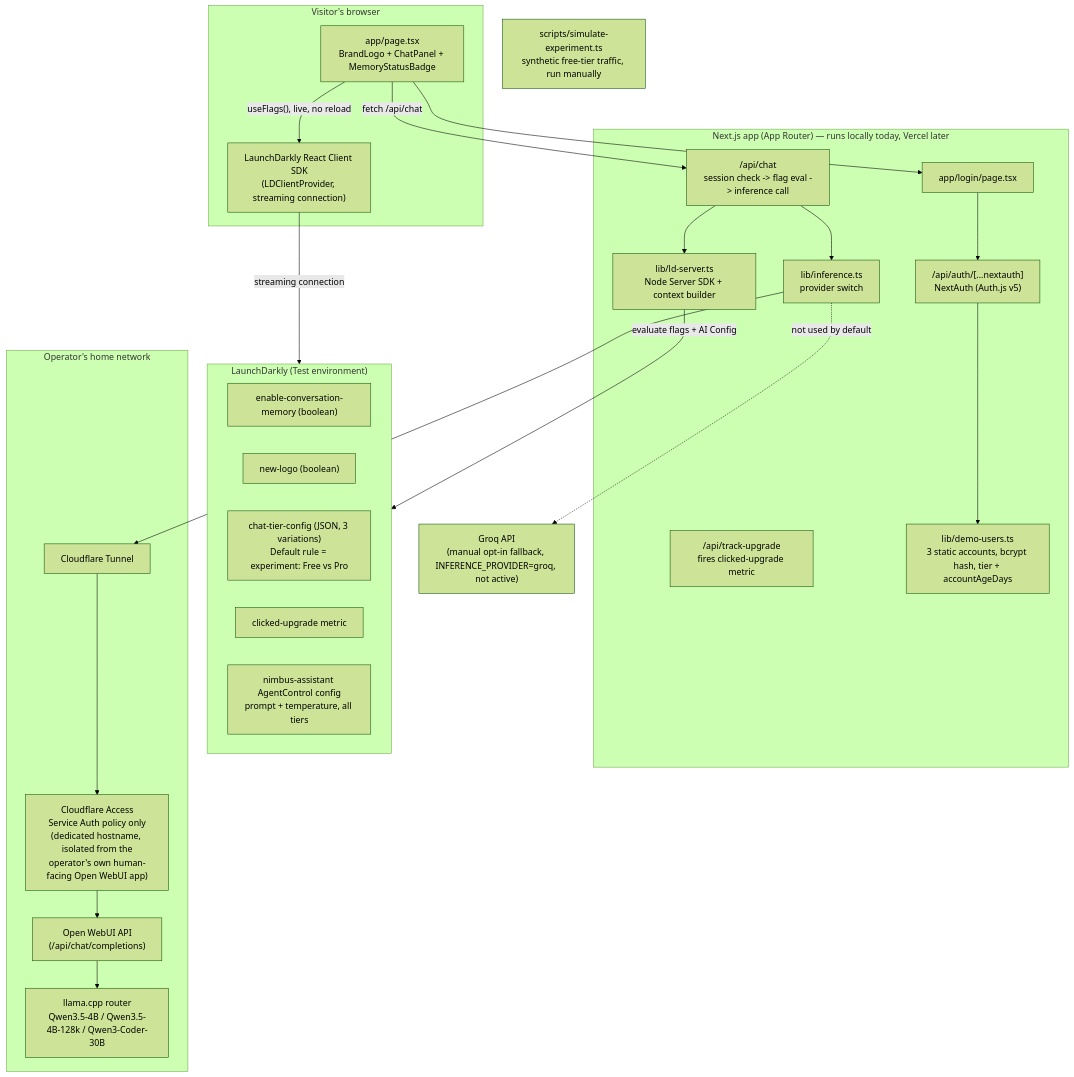
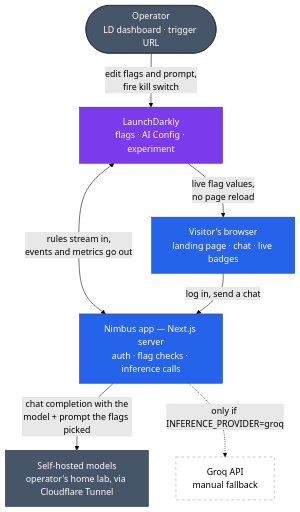
The second of 5 diagrams in docs/ARCHITECTURE.md (hiddenintel-rc/nimbus-ai-sample), drawn with Mermaid (forest theme) before and after one commit. The commit also changed other lines of this file and 5 other files, not shown here.

First line of the commit message:
Redesign architecture diagrams, add white-background PNGs

````diff
--- a/docs/ARCHITECTURE.md
+++ b/docs/ARCHITECTURE.md
@@ -41,48 +69,24 @@
 ```mermaid
 flowchart TB
-    subgraph Browser["Visitor's browser"]
-        UI["app/page.tsx<br/>BrandLogo + ChatPanel + MemoryStatusBadge"]
-        ClientSDK["LaunchDarkly React Client SDK<br/>(LDClientProvider, streaming connection)"]
-    end
+    accTitle: Nimbus system overview
+    accDescr: The operator controls LaunchDarkly from its dashboard. LaunchDarkly streams live flag values to the visitor's browser and flag rules to the Nimbus app, which sends events and metrics back. The browser sends logins and chats to the Nimbus app, which calls a self-hosted model backend; Groq is an inactive fallback.
 
-    subgraph App["Next.js app (App Router) — runs locally today, Vercel later"]
-        LoginPage["app/login/page.tsx"]
-        AuthRoute["/api/auth/[...nextauth]<br/>NextAuth (Auth.js v5)"]
-        ChatRoute["/api/chat<br/>session check -> flag eval -> inference call"]
-        TrackRoute["/api/track-upgrade<br/>fires clicked-upgrade metric"]
-        LDServerLib["lib/ld-server.ts<br/>Node Server SDK + context builder"]
-        InferenceLib["lib/inference.ts<br/>provider switch"]
-        DemoUsers["lib/demo-users.ts<br/>3 static accounts, bcrypt hash, tier + accountAgeDays"]
-    end
+    Operator(["Operator<br/>LD dashboard · trigger URL"]):::ext
+    LD["LaunchDarkly<br/>flags · AI Config · experiment"]:::ld
+    Visitor["Visitor's browser<br/>landing page · chat · live badges"]:::nimbus
+    App["Nimbus app — Next.js server<br/>auth · flag checks · inference calls"]:::nimbus
+    Models["Self-hosted models<br/>operator's home lab, via Cloudflare Tunnel"]:::ext
+    Groq["Groq API<br/>manual fallback"]:::off
 
-    subgraph LD["LaunchDarkly (Test environment)"]
-        FlagMem["enable-conversation-memory (boolean)"]
-        FlagLogo["new-logo (boolean)"]
-        FlagTier["chat-tier-config (JSON, 3 variations)<br/>Default rule = experiment: Free vs Pro"]
-        Metric["clicked-upgrade metric"]
-        AiConfig["nimbus-assistant AgentControl config<br/>prompt + temperature, all tiers"]
-    end
+    Operator -->|"edit flags and prompt,<br/>fire kill switch"| LD
+    LD -->|"live flag values,<br/>no page reload"| Visitor
+    LD <-->|"rules stream in,<br/>events and metrics go out"| App
+    Visitor -->|"log in, send a chat"| App
+    App -->|"chat completion with the<br/>model + prompt the flags picked"| Models
+    App -.->|"only if INFERENCE_PROVIDER=groq"| Groq
 
-    Simulator["scripts/simulate-experiment.ts<br/>synthetic free-tier traffic, run manually"]
-
-    subgraph Home["Operator's home network"]
-        Tunnel["Cloudflare Tunnel"]
-        Access["Cloudflare Access<br/>Service Auth policy only<br/>(dedicated hostname, isolated from the<br/>operator's own human-facing Open WebUI app)"]
-        OWUI["Open WebUI API<br/>(/api/chat/completions)"]
-        Llama["llama.cpp router<br/>Qwen3.5-4B / Qwen3.5-4B-128k / Qwen3-Coder-30B"]
-    end
-
-    Groq["Groq API<br/>(manual opt-in fallback, INFERENCE_PROVIDER=groq, not active)"]
-
-    UI -->|"useFlags(), live, no reload"| ClientSDK
-    ClientSDK -->|"streaming connection"| LD
-    UI --> LoginPage
-    UI -->|"fetch /api/chat"| ChatRoute
-    LoginPage --> AuthRoute
-    ChatRoute --> LDServerLib
-    LDServerLib -->|"evaluate flags + AI Config"| LD
-    ChatRoute --> InferenceLib
-    AuthRoute --> DemoUsers
-    InferenceLib --> Tunnel --> Access --> OWUI --> Llama
-    InferenceLib -.->|"not used by default"| Groq
+    classDef nimbus fill:#2563eb,stroke:#1e3a8a,color:#fff
+    classDef ld fill:#7c3aed,stroke:#4c1d95,color:#fff
+    classDef ext fill:#475569,stroke:#1e293b,color:#fff
+    classDef off fill:none,stroke:#94a3b8,stroke-dasharray:5 5
 ```
````
